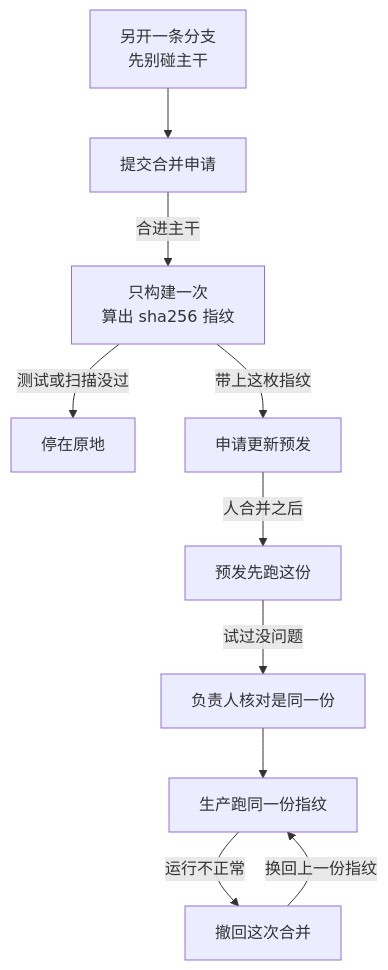
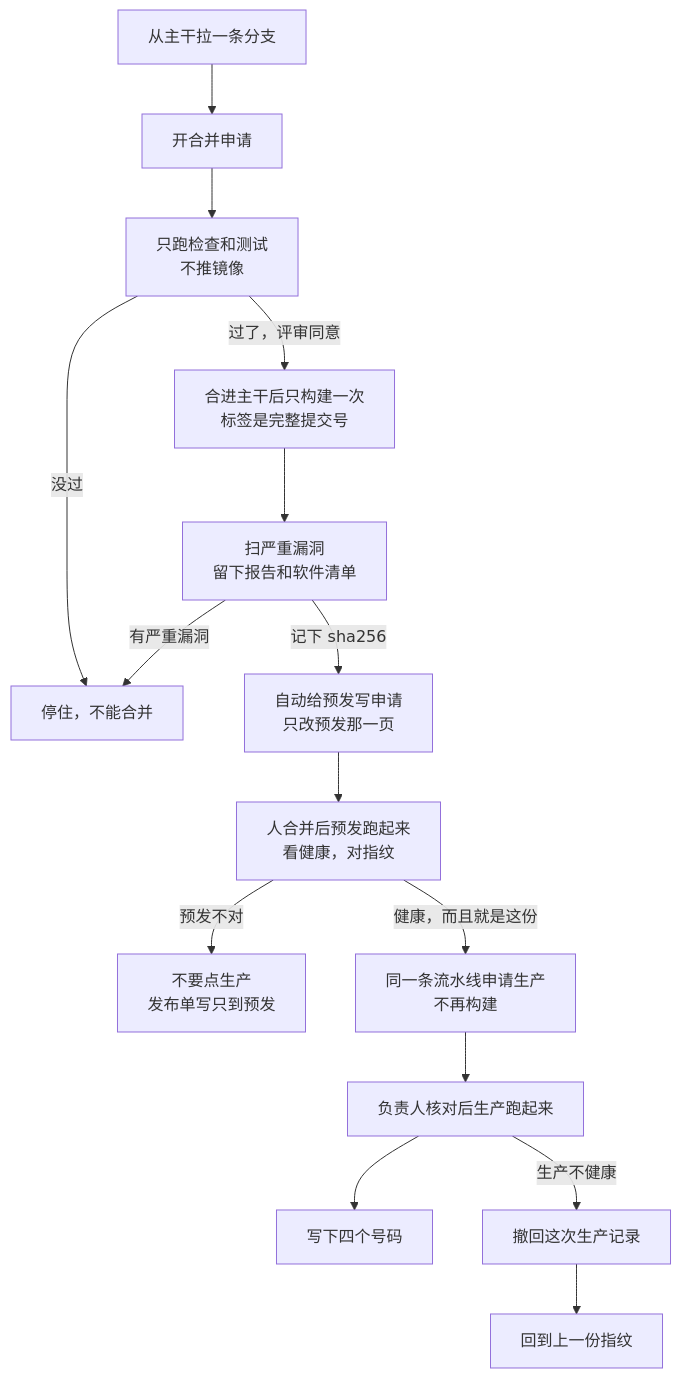
The second of 2 diagrams in 运维笔记/CI-CD/可落地CI-CD发布流程.md (Xparkone/obsidian), drawn with Mermaid before and after one commit. The commit also changed other lines of this file and 2 other files, not shown here.

````diff
--- a/运维笔记/CI-CD/可落地CI-CD发布流程.md
+++ b/运维笔记/CI-CD/可落地CI-CD发布流程.md
@@ -88,12 +88,17 @@
 ```mermaid
 flowchart TD
-  write[另开一条分支<br/>先别碰主干] --> ask[提交合并申请]
-  ask -->|合进主干| build[只构建一次<br/>算出 sha256 指纹]
-  build -->|测试或扫描没过| stop[停在原地]
-  build -->|带上这枚指纹| stage[申请更新预发]
-  stage -->|人合并之后| check[预发先跑这份]
-  check -->|试过没问题| allow[负责人核对是同一份]
-  allow --> live[生产跑同一份指纹]
-  live -->|运行不正常| undo[撤回这次合并]
-  undo -->|换回上一份指纹| live
+  write[从主干拉一条分支] --> ask[开合并申请]
+  ask --> test[只跑检查和测试<br/>不推镜像]
+  test -->|没过| stop[停住，不能合并]
+  test -->|过了，评审同意| build[合进主干后只构建一次<br/>标签是完整提交号]
+  build --> scan[扫严重漏洞<br/>留下报告和软件清单]
+  scan -->|有严重漏洞| stop
+  scan -->|记下 sha256| stage[自动给预发写申请<br/>只改预发那一页]
+  stage --> check[人合并后预发跑起来<br/>看健康，对指纹]
+  check -->|预发不对| stay[不要点生产<br/>发布单写只到预发]
+  check -->|健康，而且就是这份| allow[同一条流水线申请生产<br/>不再构建]
+  allow --> live[负责人核对后生产跑起来]
+  live --> note[写下四个号码]
+  live -->|生产不健康| undo[撤回这次生产记录]
+  undo --> back[回到上一份指纹]
 ```
````
